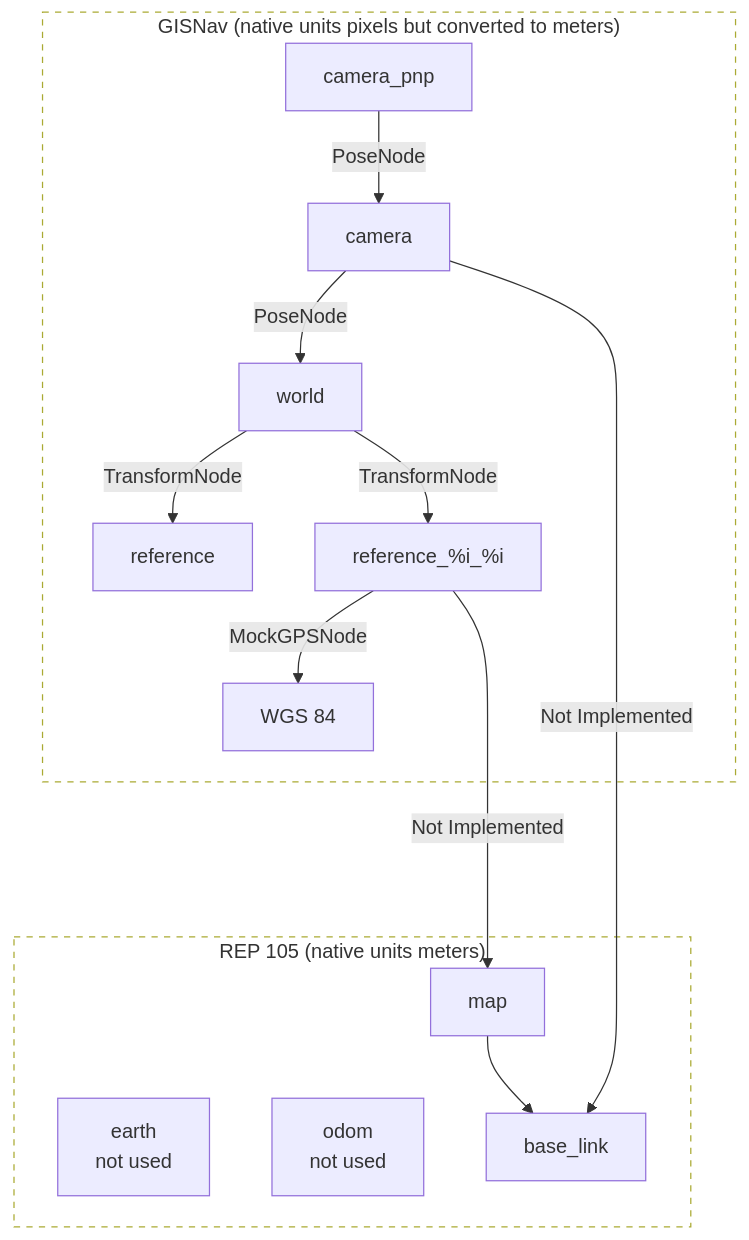
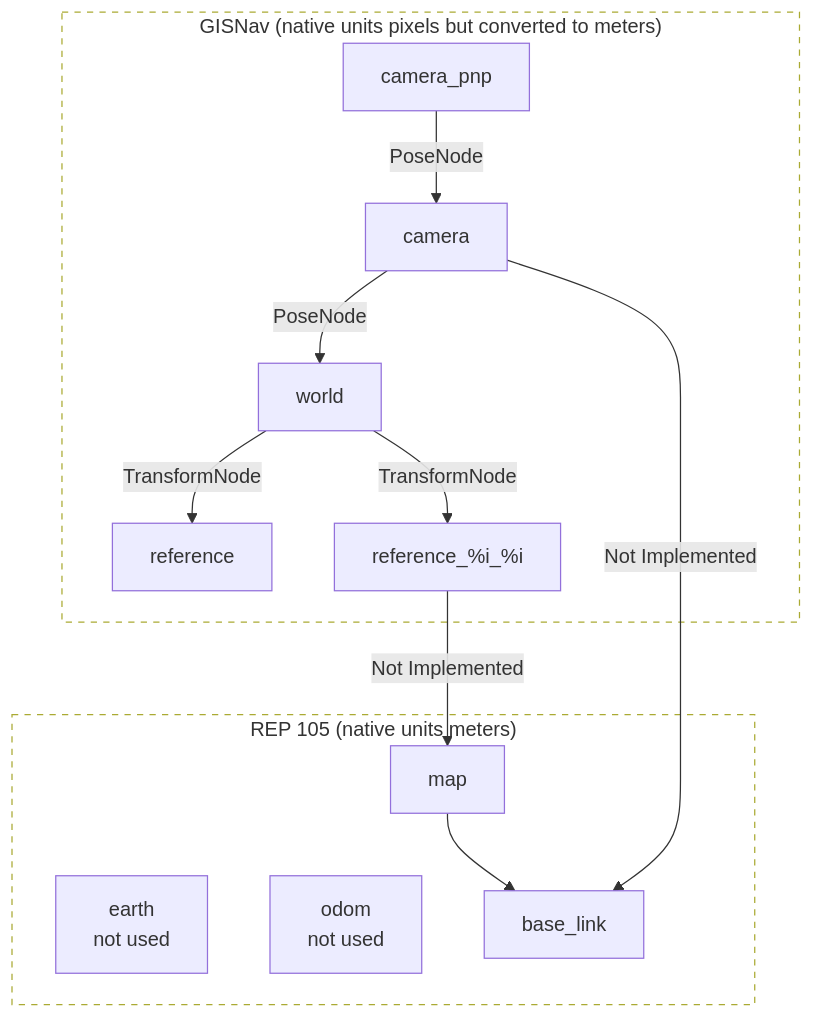
One commit to hmakelin/gisnav changed the second of 2 diagrams in docs/pages/developer_guide/integration/ros_messaging.rst. Above: the diagram before and after it, drawn with Mermaid. The commit also changed other lines of this file and 1 other file, not shown here.

Commit message:
Add todo about linking up the two separate transformations trees

```diff
--- a/docs/pages/developer_guide/integration/ros_messaging.rst
+++ b/docs/pages/developer_guide/integration/ros_messaging.rst
@@ -53,28 +53,25 @@
 .. mermaid::
     :caption: ROS frames
 
     graph TB
         subgraph rep["REP 105 (native units meters)"]
             earth["earth\nnot used"]
             odom["odom\nnot used"]
             map1["map"] --> base_link
         end
 
-        wgs["WGS 84"]
-
         subgraph gisnav["GISNav (native units pixels but converted to meters)"]
             camera_pinhole["camera_pnp"] -->|"PoseNode"| camera
             camera -->|"PoseNode"| world
-            camera ------>|"Not Implemented"| base_link
+            camera -->|"Not Implemented"| base_link
 
             world -->|"TransformNode"| reference
             world -->|"TransformNode"| reference_ts
 
             reference
             reference_ts["reference_%i_%i"]
-            reference_ts -->|"MockGPSNode"| wgs
-            reference_ts ---->|"Not Implemented"| map1
+            reference_ts -->|"Not Implemented"| map1
         end
 
         classDef dotted fill:transparent,stroke-dasharray:5 5;
         class rep,gisnav dotted
```
